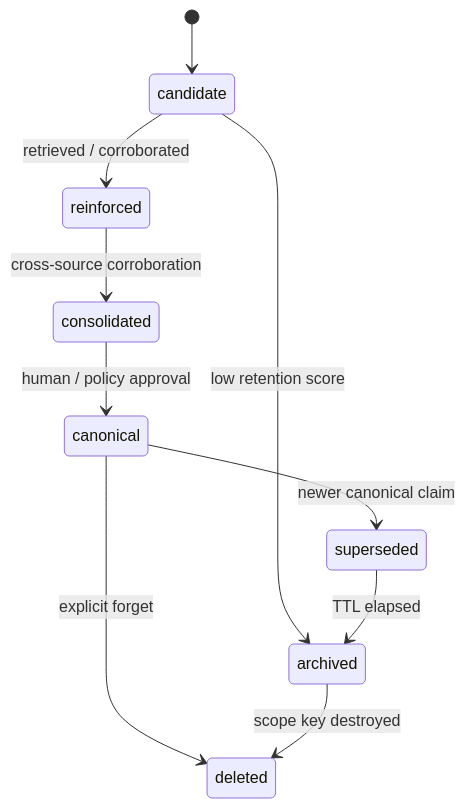
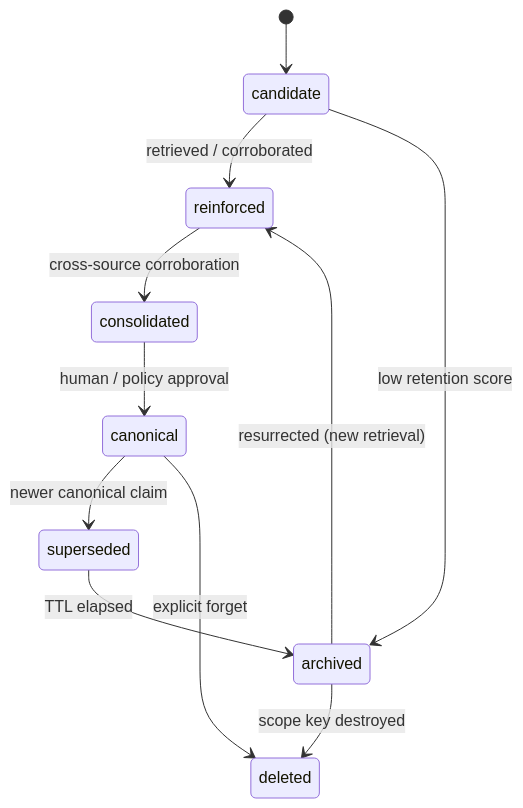
The second of 5 diagrams in docs/technical/design.md (kennguy3n/knowledge), drawn with Mermaid before and after one commit. The commit also changed other lines of this file and 24 other files, not shown here.

````diff
--- a/docs/technical/design.md
+++ b/docs/technical/design.md
@@ -212,12 +215,13 @@
 ```mermaid
 stateDiagram-v2
     [*] --> candidate
     candidate --> reinforced: retrieved / corroborated
     candidate --> archived: low retention score
     reinforced --> consolidated: cross-source corroboration
     consolidated --> canonical: human / policy approval
     canonical --> superseded: newer canonical claim
     canonical --> deleted: explicit forget
     superseded --> archived: TTL elapsed
+    archived --> reinforced: resurrected (new retrieval)
     archived --> deleted: scope key destroyed
 ```
````
